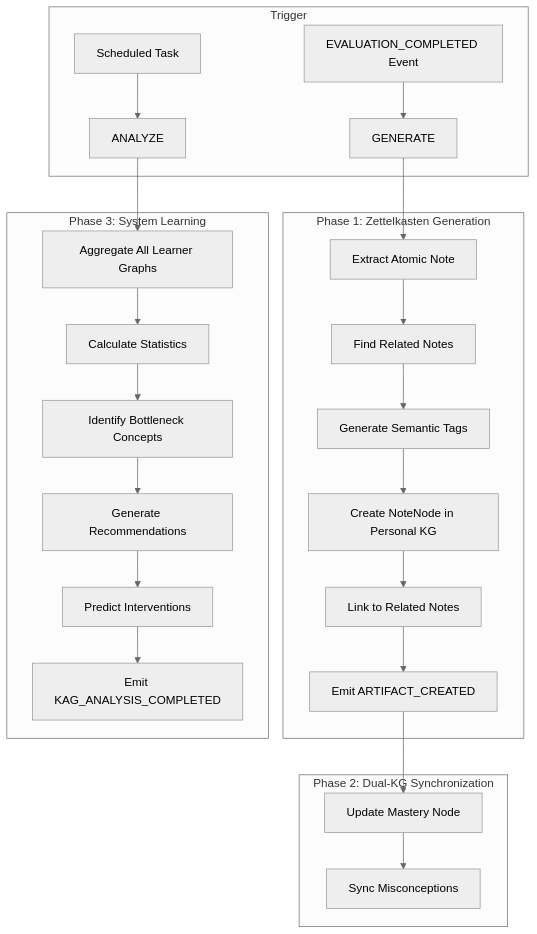
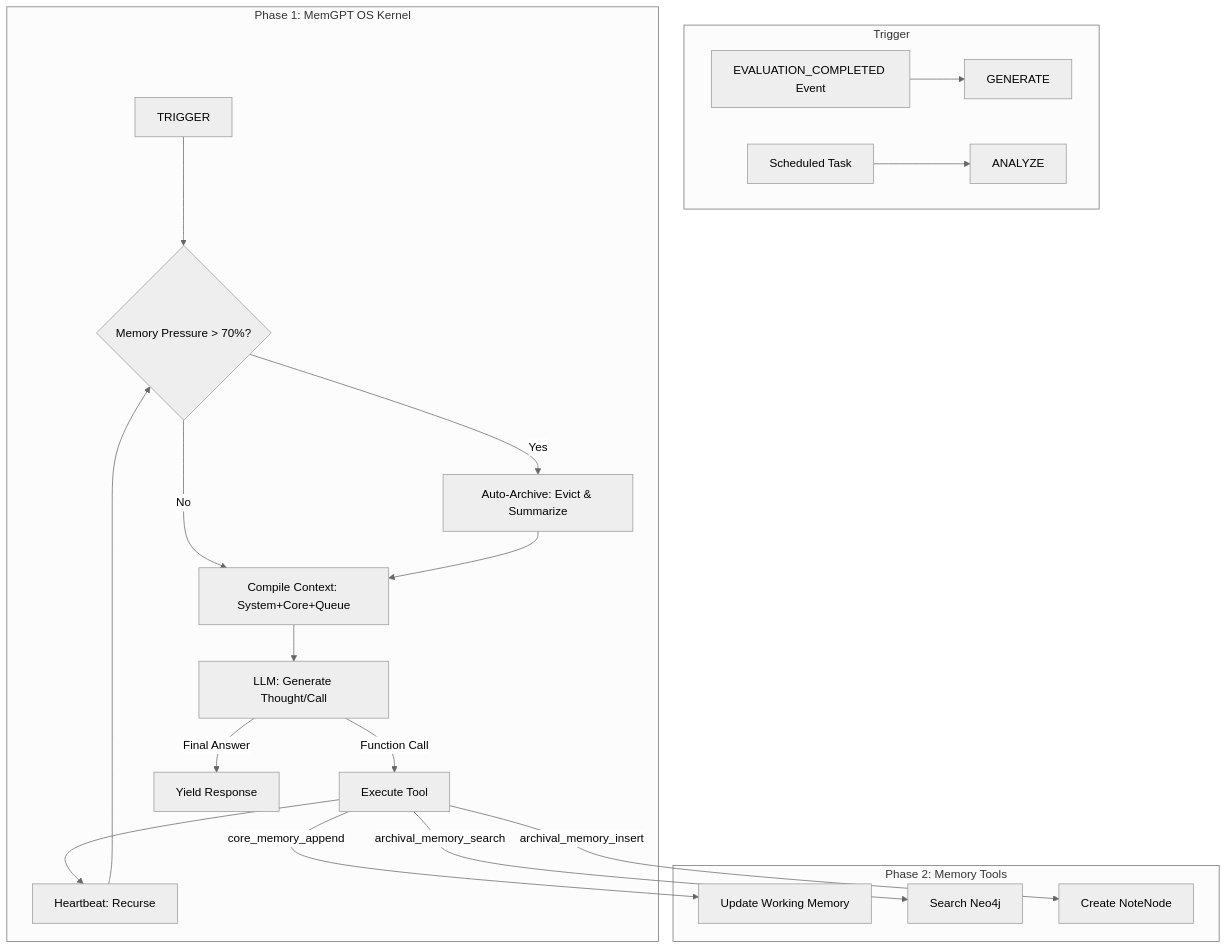
Before and after one commit to MinhAn15/Agentic-Personalized-LearningPath: the diagram in docs/AGENT_6_FLOW.md, drawn with Mermaid (neutral theme). The commit also changed other lines of this file and 16 other files, not shown here.

Commit message:
feat: Introduce Evaluator and KAG agents with their operational flows, scientific basis, and supporting documentation.

````diff
--- a/docs/AGENT_6_FLOW.md
+++ b/docs/AGENT_6_FLOW.md
@@ -7,30 +7,28 @@
 ```mermaid
 graph TD
     subgraph Trigger
         EVAL[EVALUATION_COMPLETED Event] --> GENERATE
         TIMER[Scheduled Task] --> ANALYZE
     end
 
-    subgraph Phase1_Artifact[Phase 1: Zettelkasten Generation]
-        GENERATE --> EXTRACT[Extract Atomic Note]
-        EXTRACT --> RELATED[Find Related Notes]
-        RELATED --> TAG[Generate Semantic Tags]
-        TAG --> CREATE[Create NoteNode in Personal KG]
-        CREATE --> LINK[Link to Related Notes]
-        LINK --> EMIT_ART[Emit ARTIFACT_CREATED]
+    subgraph Phase1_OS_Kernel[Phase 1: MemGPT OS Kernel]
+        TRIGGER --> PRES_CHECK{Memory Pressure > 70%?}
+        PRES_CHECK -- Yes --> AUTO_ARCH[Auto-Archive: Evict & Summarize]
+        PRES_CHECK -- No --> COMPILE[Compile Context: System+Core+Queue]
+        
+        AUTO_ARCH --> COMPILE
+        COMPILE --> THINK[LLM: Generate Thought/Call]
+        
+        THINK -- Function Call --> EXEC_TOOL[Execute Tool]
+        EXEC_TOOL --> LOOP_BACK[Heartbeat: Recurse]
+        LOOP_BACK --> PRES_CHECK
+        
+        THINK -- Final Answer --> YIELD[Yield Response]
     end
 
-    subgraph Phase2_Sync[Phase 2: Dual-KG Synchronization]
-        EMIT_ART --> UPD_MASTERY[Update Mastery Node]
-        UPD_MASTERY --> SYNC_ERR[Sync Misconceptions]
-    end
-
-    subgraph Phase3_Analysis[Phase 3: System Learning]
-        ANALYZE --> AGGREGATE[Aggregate All Learner Graphs]
-        AGGREGATE --> STATS[Calculate Statistics]
-        STATS --> PATTERNS[Identify Bottleneck Concepts]
-        PATTERNS --> REC[Generate Recommendations]
-        REC --> PREDICT[Predict Interventions]
-        PREDICT --> EMIT_SYS[Emit KAG_ANALYSIS_COMPLETED]
+    subgraph Phase2_Tools[Phase 2: Memory Tools]
+        EXEC_TOOL -->|core_memory_append| RAM_UPD[Update Working Memory]
+        EXEC_TOOL -->|archival_memory_search| DISK_READ[Search Neo4j]
+        EXEC_TOOL -->|archival_memory_insert| DISK_WRITE[Create NoteNode]
     end
 ```
````
